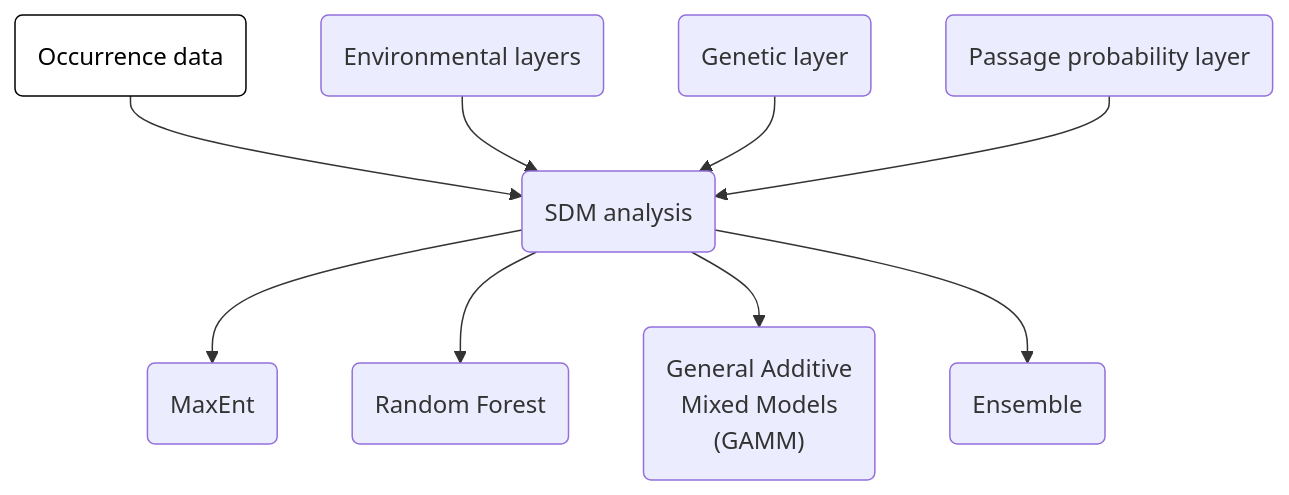
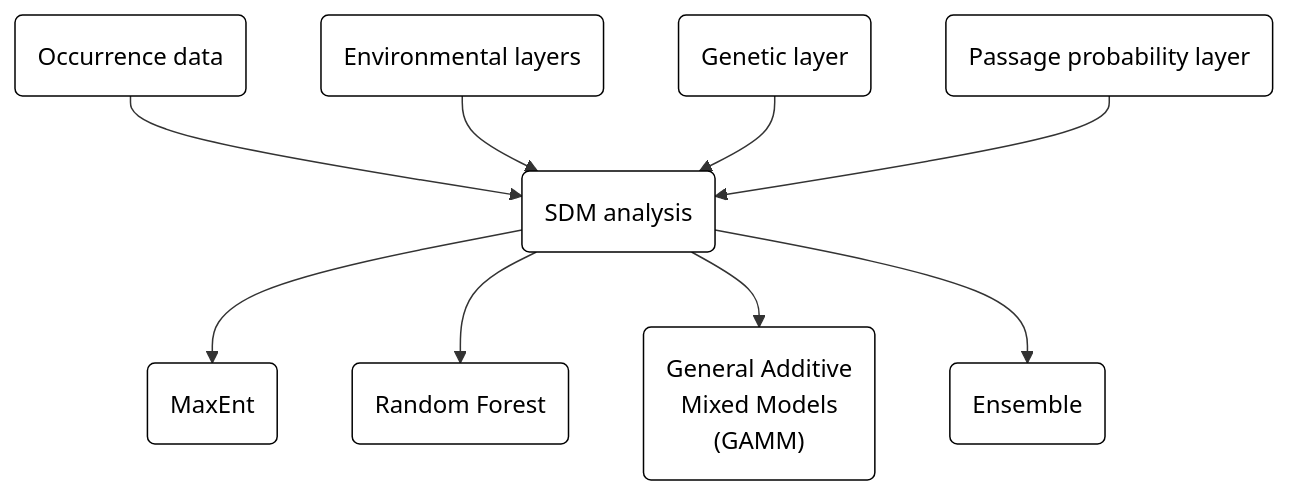
One commit to grcvhon/atm-analysis changed the diagram in README.md. Above: the diagram before and after it, drawn with Mermaid.

Commit message:
Update: repo readme

````diff
--- a/README.md
+++ b/README.md
@@ -11,24 +11,34 @@
 ```mermaid
 flowchart TD;
     A("Occurrence data")
-    style A fill:white,stroke:black,color:black
     B("Environmental layers")
     C("Genetic layer")
     D("Passage probability layer")
     E("SDM analysis")
     F("MaxEnt")
     G("Random Forest")
     H("General Additive 
     Mixed Models
     (GAMM)")
     I("Ensemble")
     
+    style A fill:white,stroke:black,color:black
+    style B fill:white,stroke:black,color:black
+    style C fill:white,stroke:black,color:black
+    style D fill:white,stroke:black,color:black
+    style E fill:white,stroke:black,color:black
+    style F fill:white,stroke:black,color:black
+    style G fill:white,stroke:#000,color:black
+    style H fill:white,stroke:black,color:black
+    style I fill:white,stroke:black,color:black
+
+
     A-->E;
     B-->E;
     C-->E;
     D-->E;
     E-->F;
     E-->G;
     E-->H;
     E-->I;
 ```
````
